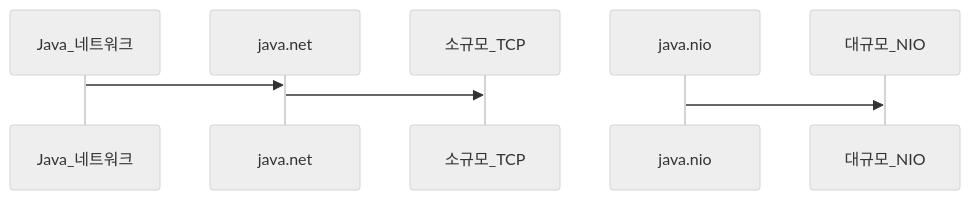
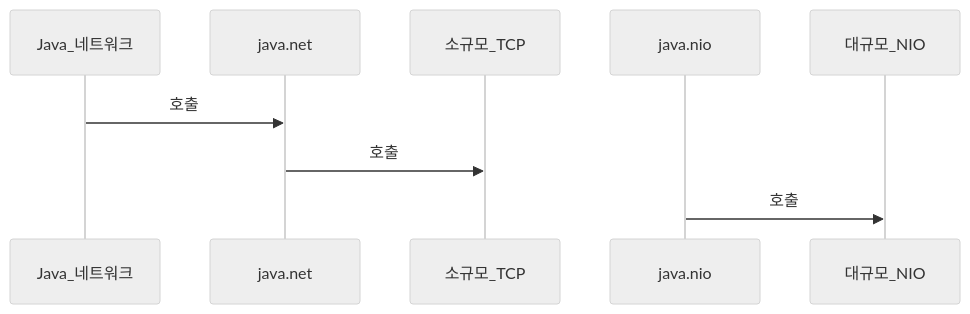
The fifth of 5 diagrams in _posts/java/2026-05-01-java-network.md (yjkim2015/yjkim2015.github.io), drawn with Mermaid (neutral theme) before and after one commit. The commit also changed other lines of this file and 85 other files, not shown here.

First line of the commit message:
sequenceDiagram 문법 에러 2차 수정 169개 (86파일)

````diff
--- a/_posts/java/2026-05-01-java-network.md
+++ b/_posts/java/2026-05-01-java-network.md
@@ -882,6 +882,6 @@
 ```mermaid
 sequenceDiagram
-    Java_네트워크->>java.net:
-    java.net->>소규모_TCP:
-    java.nio->>대규모_NIO:
+    Java_네트워크->>java.net: 호출
+    java.net->>소규모_TCP: 호출
+    java.nio->>대규모_NIO: 호출
 ```
````
